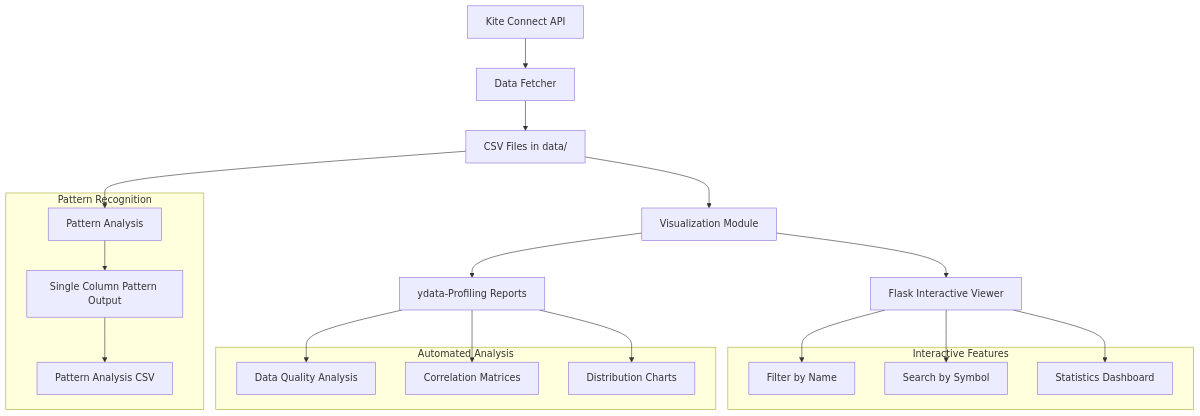
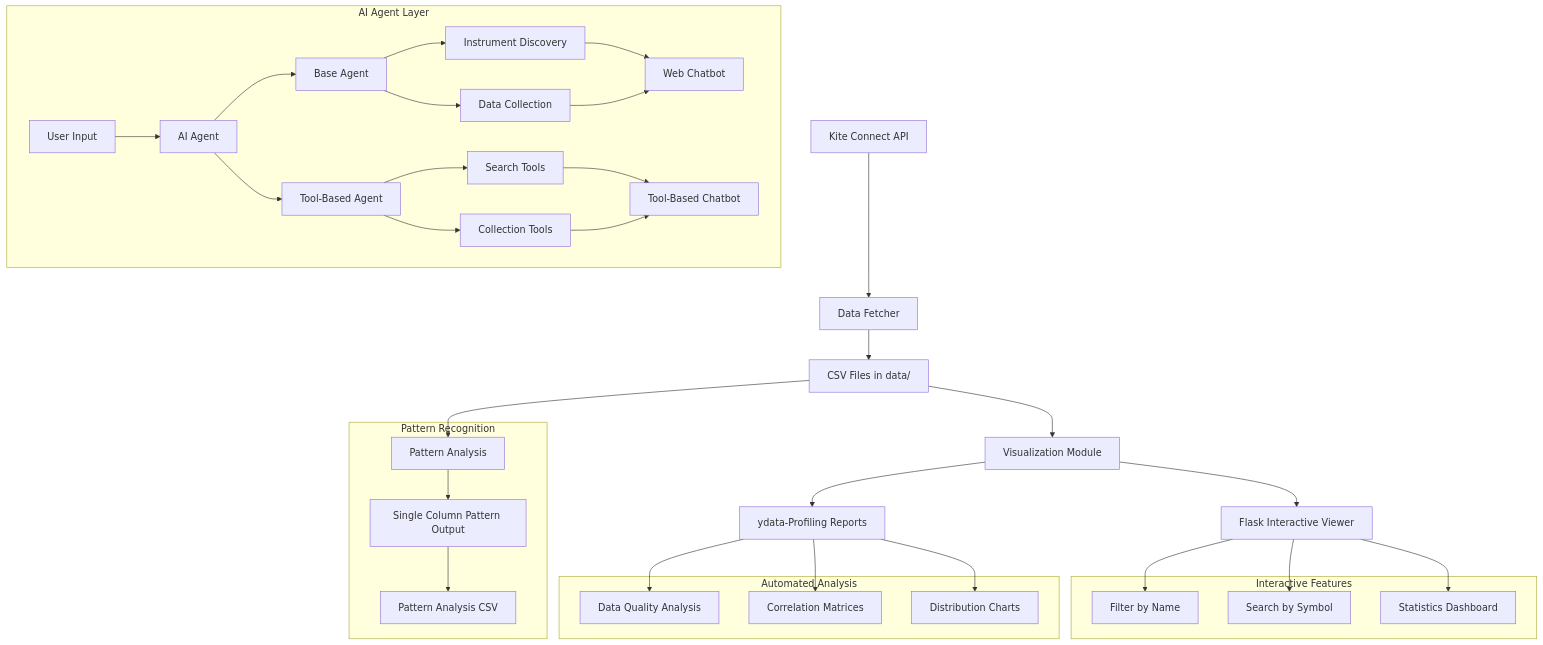
Before and after one commit to sangaw/candle-pattern-test: the diagram in README.md, drawn with Mermaid. The commit also changed other lines of this file and 44 other files, not shown here.

First line of the commit message:
v3.0: Complete AI Agent Architecture Implementation

````diff
--- a/README.md
+++ b/README.md
@@ -49,39 +76,58 @@
 ```mermaid
 graph TD
     A[Kite Connect API] --> B[Data Fetcher]
     B --> C[CSV Files in data/]
     C --> D[Visualization Module]
     
     D --> E[Flask Interactive Viewer]
     D --> F[ydata-Profiling Reports]
     
     E --> G[Filter by Name]
     E --> H[Search by Symbol]
     E --> I[Statistics Dashboard]
     
     F --> J[Data Quality Analysis]
     F --> K[Correlation Matrices]
     F --> L[Distribution Charts]
     
     C --> M[Pattern Analysis]
     M --> N[Single Column Pattern Output]
     N --> O[Pattern Analysis CSV]
     
+    subgraph "AI Agent Layer"
+        P[User Input] --> Q[AI Agent]
+        Q --> R[Base Agent]
+        Q --> S[Tool-Based Agent]
+        
+        R --> T[Instrument Discovery]
+        R --> U[Data Collection]
+        
+        S --> V[Search Tools]
+        S --> W[Collection Tools]
+        
+        T --> X[Web Chatbot]
+        U --> X
+        V --> Y[Tool-Based Chatbot]
+        W --> Y
+    end
+    
     subgraph "Interactive Features"
         G
         H
         I
+        X
+        Y
     end
     
     subgraph "Automated Analysis"
         J
         K
         L
     end
     
     subgraph "Pattern Recognition"
         M
         N
         O
     end
 ```
````
